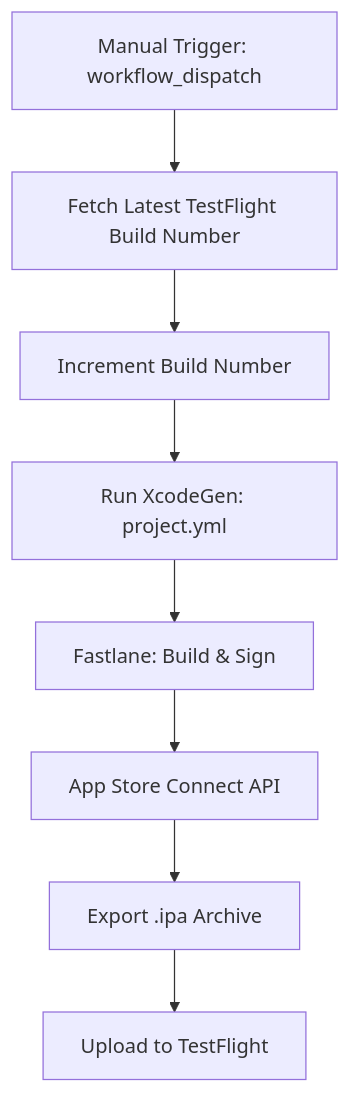
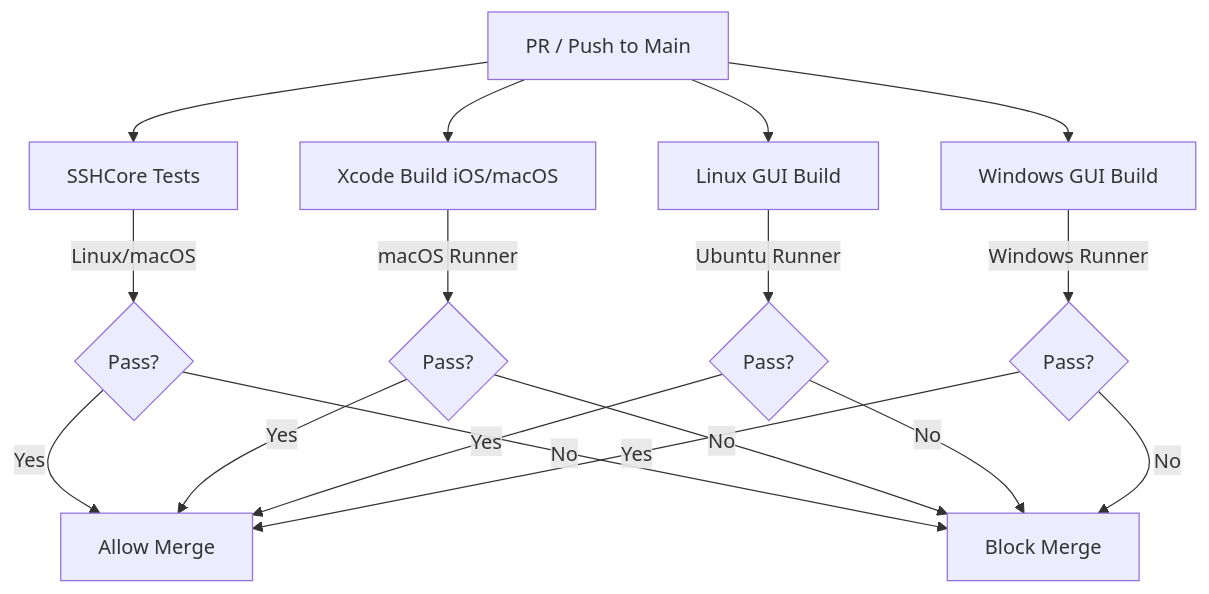
The first of 2 diagrams in .cubic/wiki/07-deployment-infrastructure/01-ci-cd-testflight.md (blixten85/bastion), drawn with Mermaid before and after one commit. The commit also changed other lines of this file and 49 other files, not shown here.

````diff
--- a/.cubic/wiki/07-deployment-infrastructure/01-ci-cd-testflight.md
+++ b/.cubic/wiki/07-deployment-infrastructure/01-ci-cd-testflight.md
@@ -57,10 +34,15 @@
 ```mermaid
 flowchart TD
-    Start[Manual Trigger: workflow_dispatch] --> FetchBuild[Fetch Latest TestFlight Build Number]
-    FetchBuild --> Increment[Increment Build Number]
-    Increment --> XcodeGen[Run XcodeGen: project.yml]
-    XcodeGen --> Fastlane[Fastlane: Build & Sign]
-    Fastlane --> ASC_API[App Store Connect API]
-    ASC_API --> Export[Export .ipa Archive]
-    Export --> Upload[Upload to TestFlight]
+    Start[PR / Push to Main] --> SSHCoreTests[SSHCore Tests]
+    Start --> AppleBuild[Xcode Build iOS/macOS]
+    Start --> LinuxBuild[Linux GUI Build]
+    Start --> WindowsBuild[Windows GUI Build]
+
+    SSHCoreTests --> |Linux/macOS| Result1{Pass?}
+    AppleBuild --> |macOS Runner| Result2{Pass?}
+    LinuxBuild --> |Ubuntu Runner| Result3{Pass?}
+    WindowsBuild --> |Windows Runner| Result4{Pass?}
+
+    Result1 & Result2 & Result3 & Result4 --> |Yes| Merge[Allow Merge]
+    Result1 & Result2 & Result3 & Result4 --> |No| Block[Block Merge]
 ```
````
